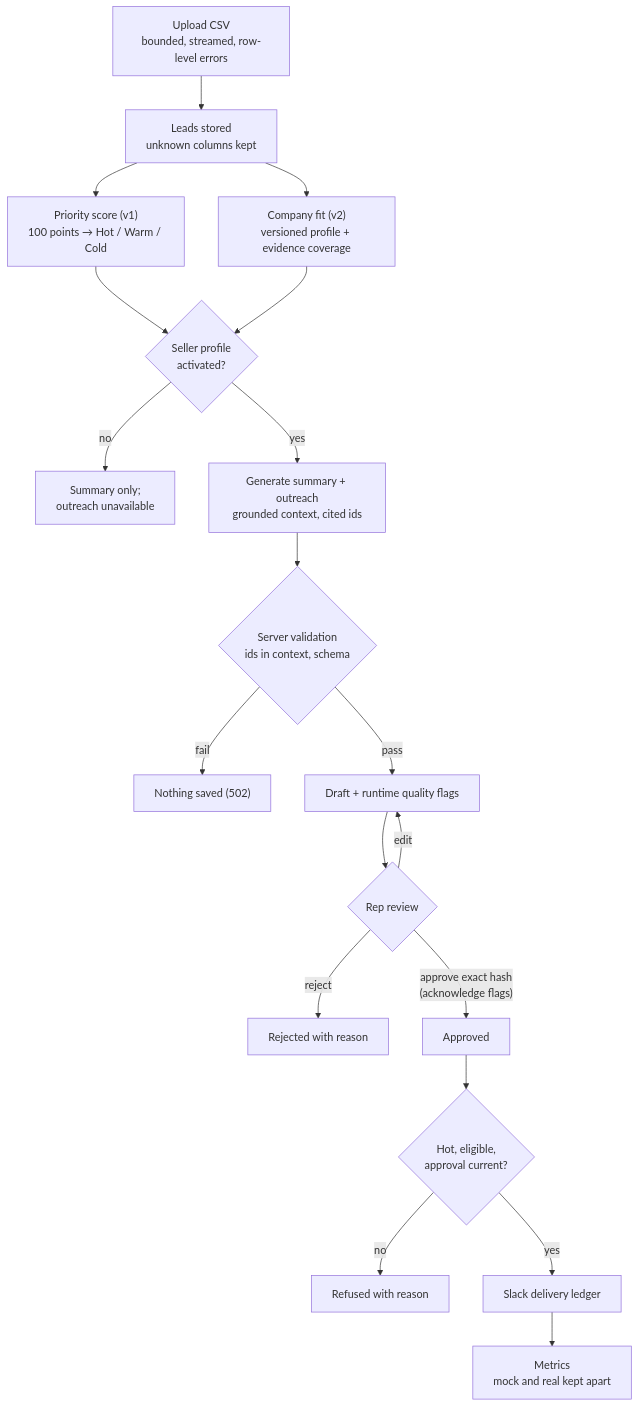
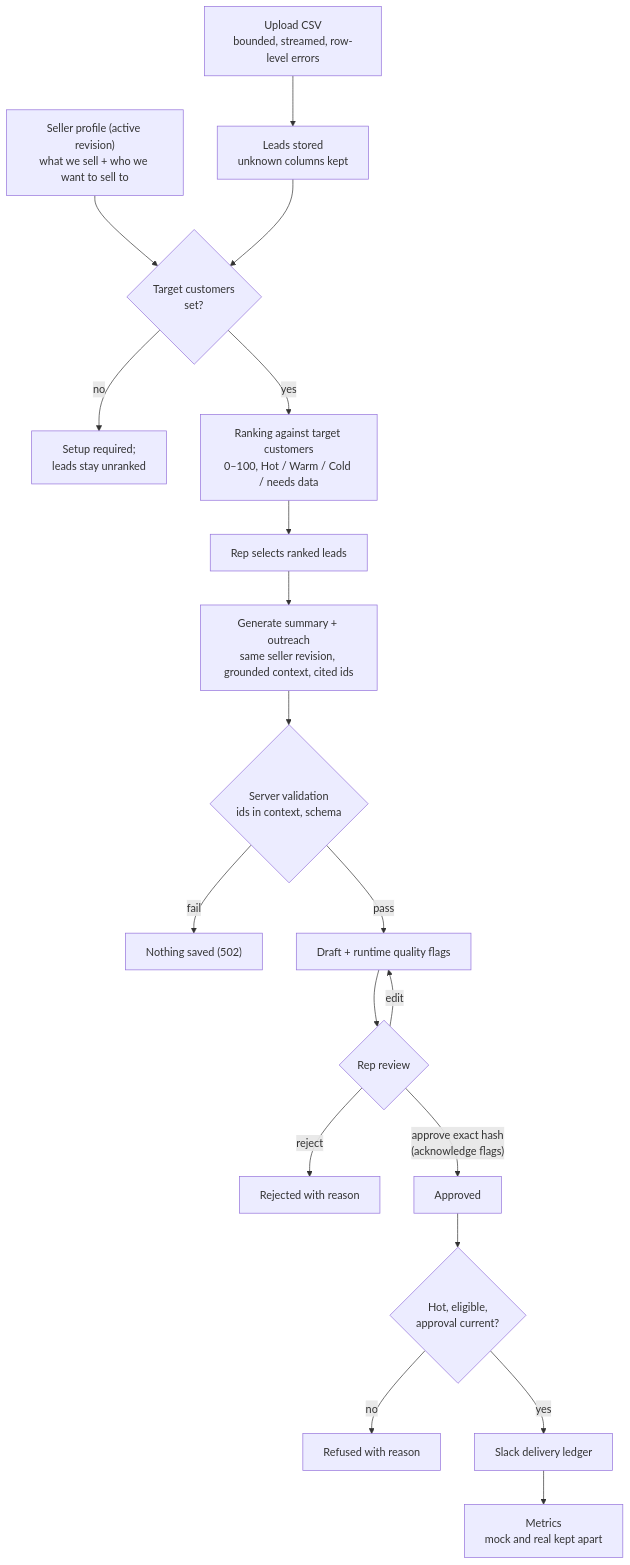
Before and after one commit to AhmedKamal-41/gtmflow-ai: the first of 5 diagrams in PROJECT.md, drawn with Mermaid. The commit also changed other lines of this file and 103 other files, not shown here.

First line of the commit message:
Rank leads against the seller profile's target customers

````diff
--- a/PROJECT.md
+++ b/PROJECT.md
@@ -138,21 +151,21 @@
 ```mermaid
 flowchart TD
+    S["Seller profile (active revision)<br/>what we sell + who we want to sell to"] --> C
     A["Upload CSV<br/>bounded, streamed, row-level errors"] --> B["Leads stored<br/>unknown columns kept"]
-    B --> C["Priority score (v1)<br/>100 points → Hot / Warm / Cold"]
-    B --> D["Company fit (v2)<br/>versioned profile + evidence coverage"]
-    C --> E{"Seller profile<br/>activated?"}
-    D --> E
-    E -->|no| E1["Summary only;<br/>outreach unavailable"]
-    E -->|yes| F["Generate summary + outreach<br/>grounded context, cited ids"]
+    B --> C{"Target customers<br/>set?"}
+    C -->|no| C1["Setup required;<br/>leads stay unranked"]
+    C -->|yes| D["Ranking against target customers<br/>0–100, Hot / Warm / Cold / needs data"]
+    D --> E["Rep selects ranked leads"]
+    E --> F["Generate summary + outreach<br/>same seller revision, grounded context, cited ids"]
     F --> G{"Server validation<br/>ids in context, schema"}
     G -->|fail| G1["Nothing saved (502)"]
     G -->|pass| H["Draft + runtime quality flags"]
     H --> I{"Rep review"}
     I -->|reject| I1["Rejected with reason"]
     I -->|edit| H
     I -->|"approve exact hash<br/>(acknowledge flags)"| J["Approved"]
     J --> K{"Hot, eligible,<br/>approval current?"}
     K -->|no| K1["Refused with reason"]
     K -->|yes| L["Slack delivery ledger"]
     L --> M["Metrics<br/>mock and real kept apart"]
 ```
````
